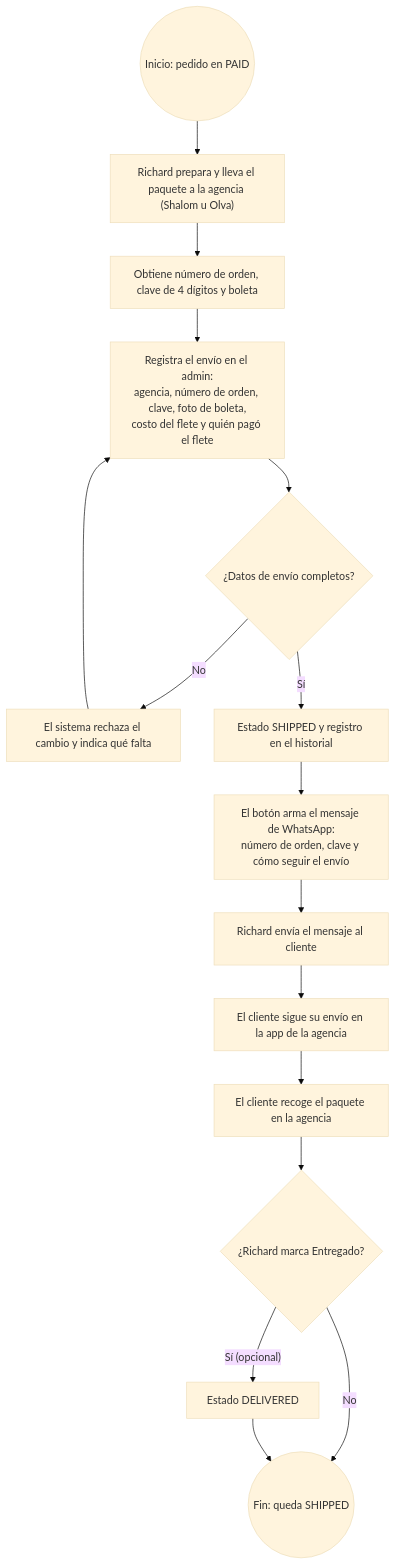
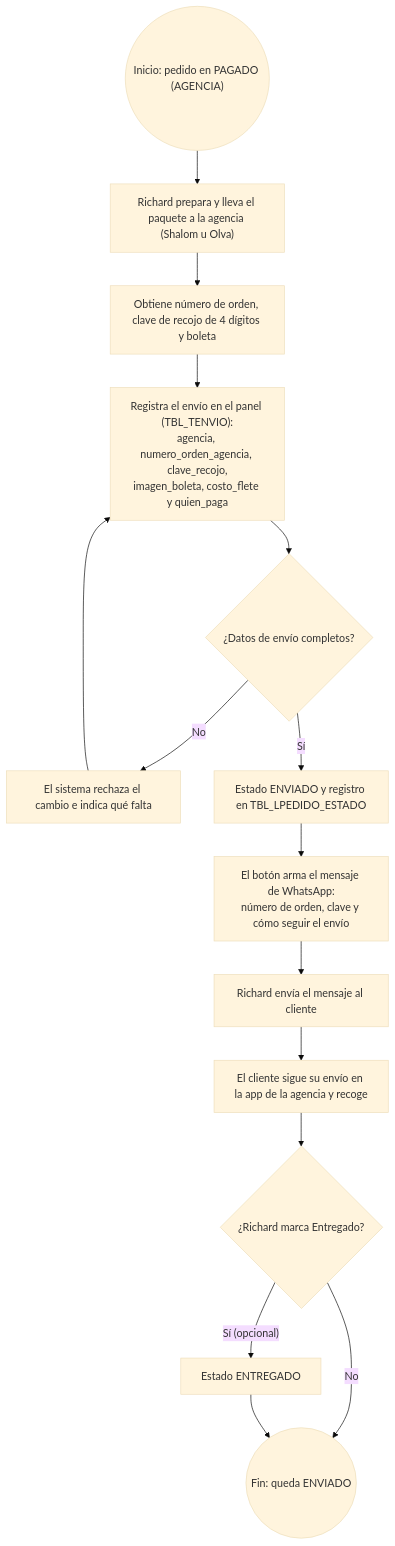
The diagram in 01-Relevamiento/diagramas/04-actividad-despacho-envio.md (jcoldsolutionsj-lab/Proyect_03EcomerceEmunaSport), drawn with Mermaid (base theme) before and after one commit. The commit also changed other lines of this file and 43 other files, not shown here.

````diff
--- a/01-Relevamiento/diagramas/04-actividad-despacho-envio.md
+++ b/01-Relevamiento/diagramas/04-actividad-despacho-envio.md
@@ -5,18 +5,17 @@
 ```mermaid
 flowchart TD
-  INI(("Inicio: pedido en PAID")) --> d1["Richard prepara y lleva el paquete a la agencia (Shalom u Olva)"]
-  d1 --> d2["Obtiene número de orden, clave de 4 dígitos y boleta"]
-  d2 --> d3["Registra el envío en el admin:<br/>agencia, número de orden, clave, foto de boleta,<br/>costo del flete y quién pagó el flete"]
+  INI(("Inicio: pedido en PAGADO (AGENCIA)")) --> d1["Richard prepara y lleva el paquete a la agencia (Shalom u Olva)"]
+  d1 --> d2["Obtiene número de orden, clave de recojo de 4 dígitos y boleta"]
+  d2 --> d3["Registra el envío en el panel (TBL_TENVIO):<br/>agencia, numero_orden_agencia, clave_recojo,<br/>imagen_boleta, costo_flete y quien_paga"]
   d3 --> d4{"¿Datos de envío completos?"}
-  d4 -- "No" --> d5["El sistema rechaza el cambio y indica qué falta"]
+  d4 -- "No" --> d5["El sistema rechaza el cambio e indica qué falta"]
   d5 --> d3
-  d4 -- "Sí" --> d6["Estado SHIPPED y registro en el historial"]
+  d4 -- "Sí" --> d6["Estado ENVIADO y registro en TBL_LPEDIDO_ESTADO"]
   d6 --> d7["El botón arma el mensaje de WhatsApp:<br/>número de orden, clave y cómo seguir el envío"]
   d7 --> d8["Richard envía el mensaje al cliente"]
-  d8 --> d9["El cliente sigue su envío en la app de la agencia"]
-  d9 --> d10["El cliente recoge el paquete en la agencia"]
-  d10 --> d11{"¿Richard marca Entregado?"}
-  d11 -- "Sí (opcional)" --> d12["Estado DELIVERED"]
-  d11 -- "No" --> FIN(("Fin: queda SHIPPED"))
-  d12 --> FIN
+  d8 --> d9["El cliente sigue su envío en la app de la agencia y recoge"]
+  d9 --> d10{"¿Richard marca Entregado?"}
+  d10 -- "Sí (opcional)" --> d11["Estado ENTREGADO"]
+  d10 -- "No" --> FIN(("Fin: queda ENVIADO"))
+  d11 --> FIN
 ```
````
